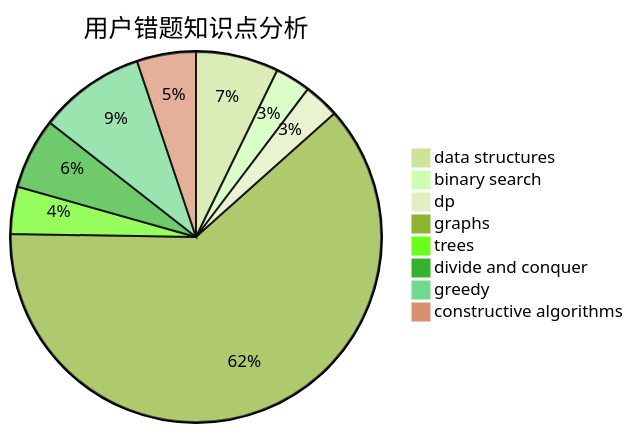
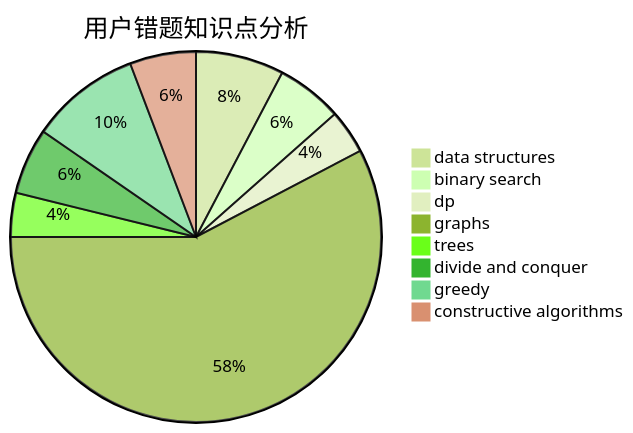
One commit to sherpahu/cfrs.github.io changed the third of 3 diagrams in docs/user/u534.md. Above: the diagram before and after it, drawn with Mermaid (forest theme). The commit also changed other lines of this file and 2770 other files, not shown here.

````diff
--- a/docs/user/u534.md
+++ b/docs/user/u534.md
@@ -36,11 +36,11 @@
 ```mermaid
 pie title 用户错题知识点分析
-    "data structures" :  7
-    "binary search" :  3
-    "dp" :  3
+    "data structures" :  8
+    "binary search" :  6
+    "dp" :  4
     "graphs" :  60
     "trees" :  4
     "divide and conquer" :  6
-    "greedy" :  9
-    "constructive algorithms" :  5
+    "greedy" :  10
+    "constructive algorithms" :  6
 ```
````
